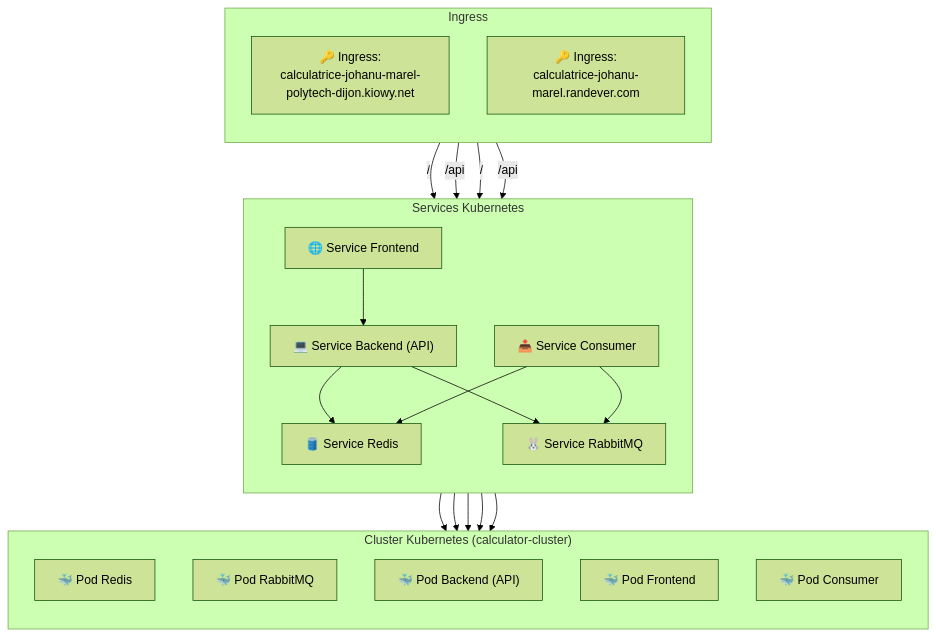
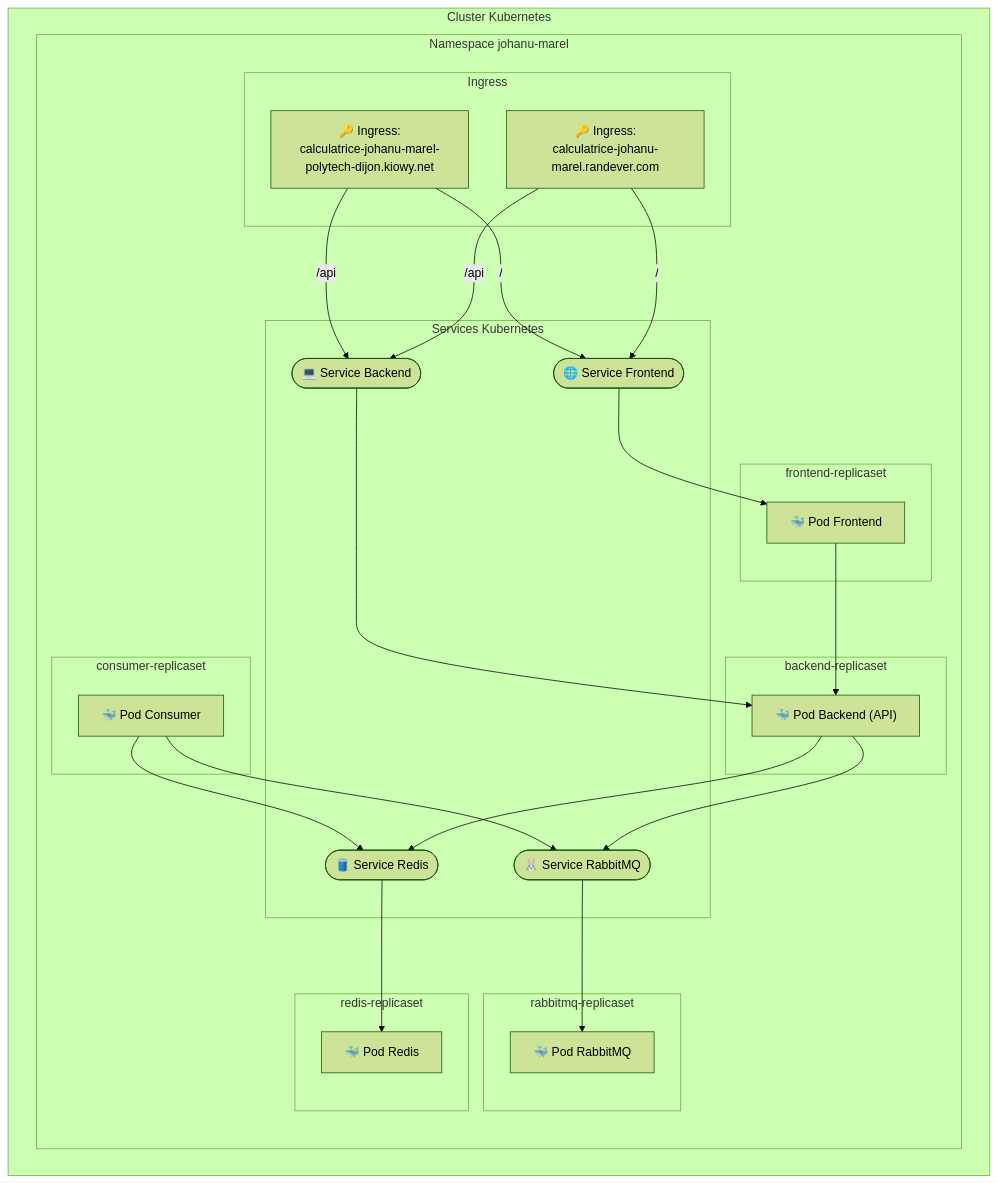
Before and after one commit to agonglomarel7/module_virtualisation_-_cloud_computing: the diagram in kubernetes/README.md, drawn with Mermaid (forest theme).

Commit message:
Schéma du deploiement kubernetes

````diff
--- a/kubernetes/README.md
+++ b/kubernetes/README.md
@@ -79,36 +79,44 @@
 ```mermaid
 graph TD
-    subgraph k8s_cluster ["Cluster Kubernetes (calculator-cluster)"]
-        direction TB
-        redisPod["🐳 Pod Redis"]
-        rabbitmqPod["🐳 Pod RabbitMQ"]
-        backendPod["🐳 Pod Backend (API)"]
-        frontendPod["🐳 Pod Frontend"]
-        consumerPod["🐳 Pod Consumer"]
+    subgraph "Cluster Kubernetes"
+        subgraph "Namespace johanu-marel"
+            subgraph "frontend-replicaset"
+                frontendPod["🐳 Pod Frontend"]
+            end
+            subgraph "backend-replicaset"
+                backendPod["🐳 Pod Backend (API)"]
+            end
+            subgraph "redis-replicaset"
+                redisPod["🐳 Pod Redis"]
+            end
+            subgraph "rabbitmq-replicaset"
+                rabbitmqPod["🐳 Pod RabbitMQ"]
+            end
+            subgraph "consumer-replicaset"
+                consumerPod["🐳 Pod Consumer"]
+            end
+
+            subgraph "Services Kubernetes"
+                svc-front([🌐 Service Frontend]) --> frontendPod
+                svc-backend([💻 Service Backend]) --> backendPod
+                svc-redis([🛢️ Service Redis]) --> redisPod
+                svc-rabbitmq([🐰 Service RabbitMQ]) --> rabbitmqPod
+            end
+
+            subgraph "Ingress"
+                ing1["🔑 Ingress:<br>calculatrice-johanu-marel-polytech-dijon.kiowy.net"]
+                ing2["🔑 Ingress:<br>calculatrice-johanu-marel.randever.com"]
+                ing1 -->|"/"| svc-front
+                ing1 -->|"/api"| svc-backend
+                ing2 -->|"/"| svc-front
+                ing2 -->|"/api"| svc-backend
+            end
+
+            frontendPod --> backendPod
+            consumerPod --> svc-rabbitmq
+            consumerPod --> svc-redis
+            backendPod --> svc-redis
+            backendPod --> svc-rabbitmq
+        end
     end
-
-    subgraph services ["Services Kubernetes"]
-        direction TB
-        redisService["🛢️ Service Redis"] --> redisPod
-        rabbitmqService["🐰 Service RabbitMQ"] --> rabbitmqPod
-        backendService["💻 Service Backend (API)"] --> backendPod
-        frontendService["🌐 Service Frontend"] --> frontendPod
-        consumerService["📤 Service Consumer"] --> consumerPod
-    end
-
-    subgraph ingress ["Ingress"]
-        direction TB
-        ingress1["🔑 Ingress:<br>calculatrice-johanu-marel-polytech-dijon.kiowy.net"]
-        ingress2["🔑 Ingress:<br>calculatrice-johanu-marel.randever.com"]
-        ingress1 -->|"/"| frontendService
-        ingress1 -->|"/api"| backendService
-        ingress2 -->|"/"| frontendService
-        ingress2 -->|"/api"| backendService
-    end
-
-    frontendService --> backendService
-    backendService --> redisService
-    backendService --> rabbitmqService
-    consumerService --> rabbitmqService
-    consumerService --> redisService
 ```
````
